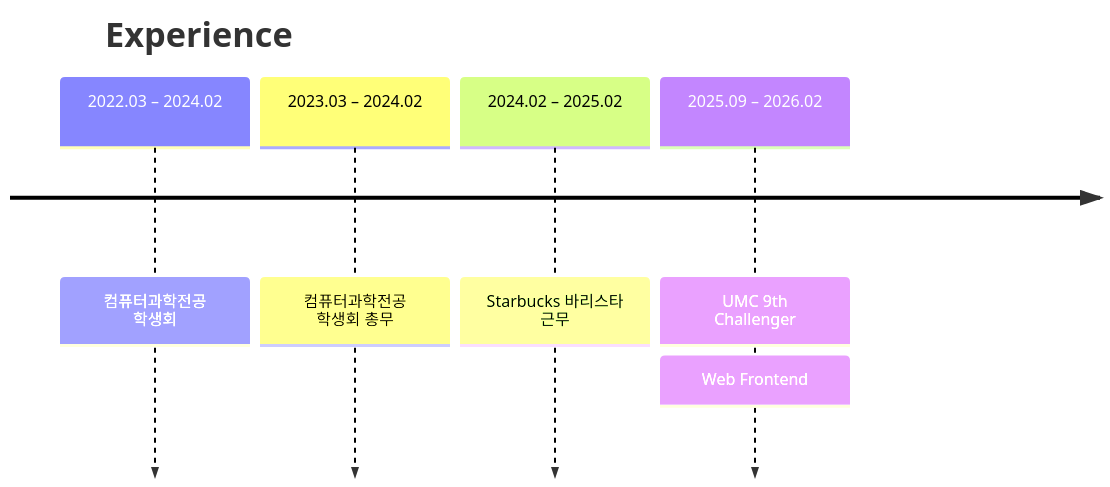
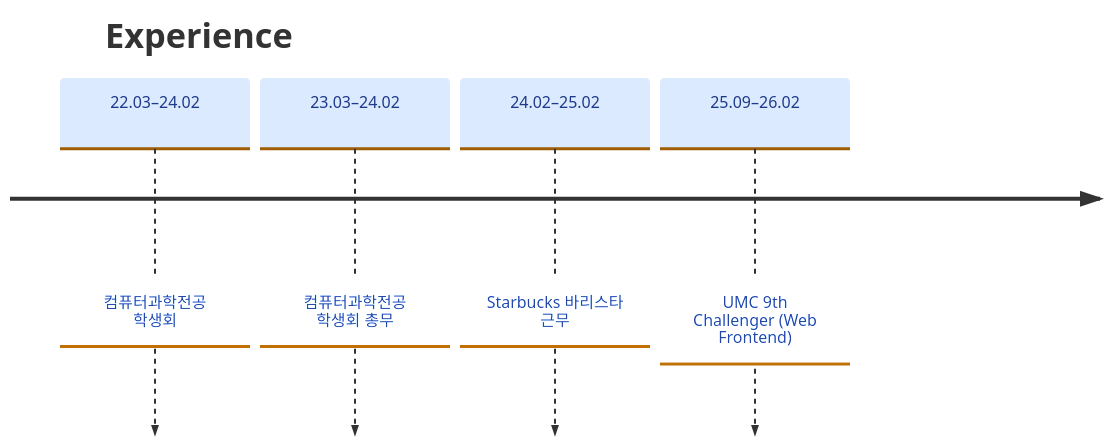
The diagram in README.md (jjjsun/jjjsun), drawn with Mermaid before and after one commit.

Commit message:
style: README Experience를 Mermaid 타임라인으로 변경

````diff
--- a/README.md
+++ b/README.md
@@ -86,9 +86,19 @@
 ```mermaid
+---
+config:
+  theme: base
+  themeVariables:
+    cScale0: "#DBEAFE"
+    cScaleLabel0: "#1E3A8A"
+  timeline:
+    disableMulticolor: true
+    padding: 8
+    useMaxWidth: true
+---
 timeline
     title Experience
-    2022.03 – 2024.02 : 컴퓨터과학전공 학생회
-    2023.03 – 2024.02 : 컴퓨터과학전공 학생회 총무
-    2024.02 – 2025.02 : Starbucks 바리스타 근무
-    2025.09 – 2026.02 : UMC 9th Challenger
-                      : Web Frontend
+    22.03–24.02 : 컴퓨터과학전공 학생회
+    23.03–24.02 : 컴퓨터과학전공 학생회 총무
+    24.02–25.02 : Starbucks 바리스타 근무
+    25.09–26.02 : UMC 9th Challenger (Web Frontend)
 ```
````
